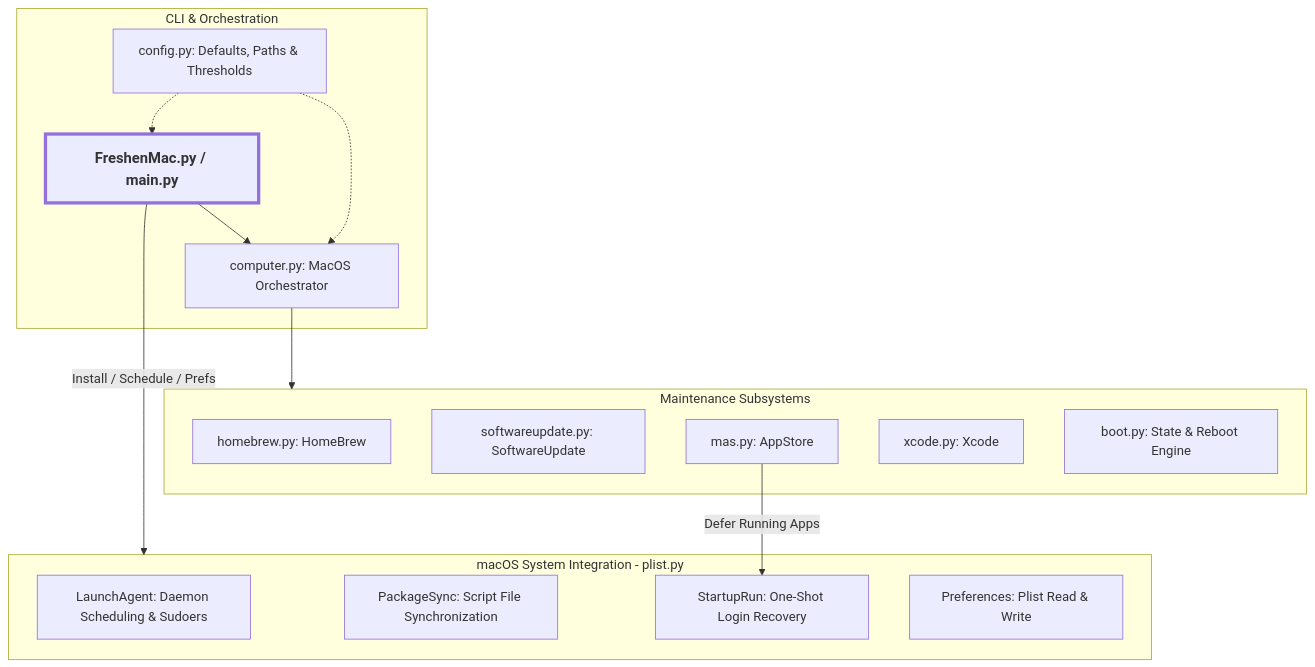
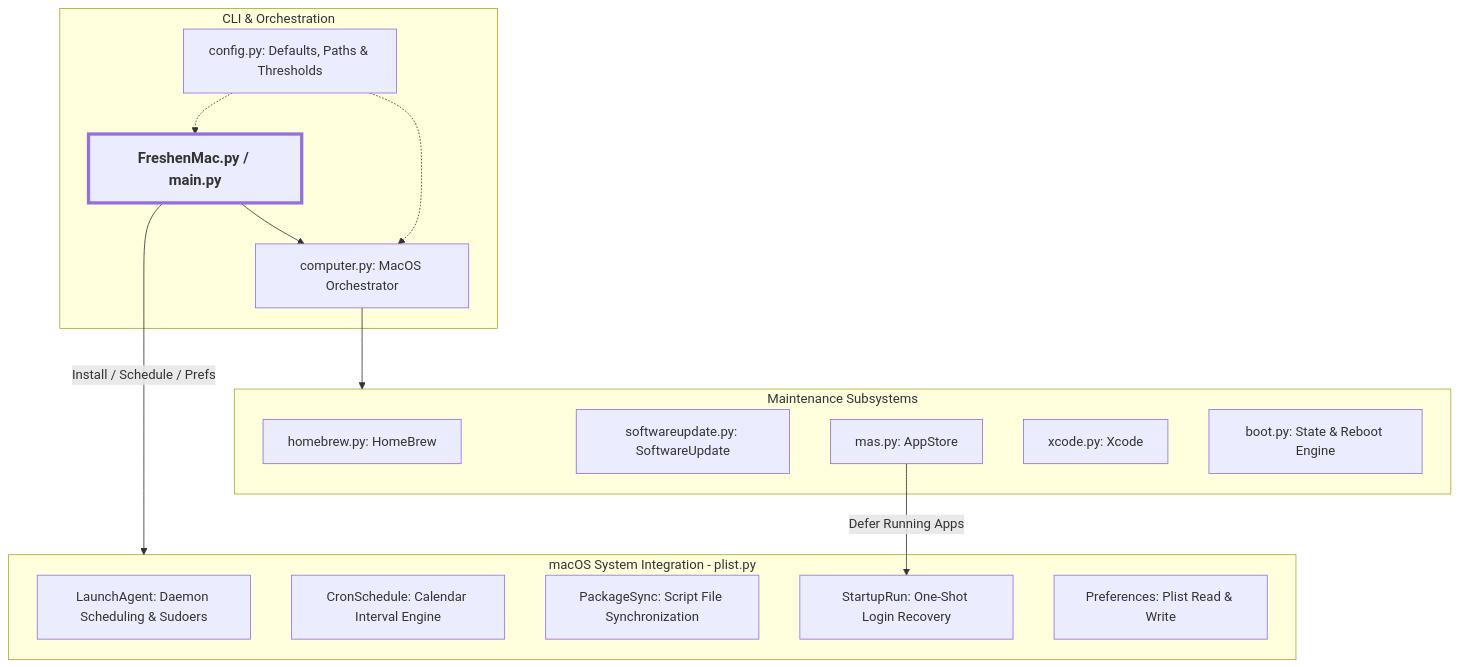
The diagram in README.md (Panther37/FreshenMac), drawn with Mermaid before and after one commit. The commit also changed other lines of this file and 18 other files, not shown here.

````diff
--- a/README.md
+++ b/README.md
@@ -190,31 +193,32 @@
 ```mermaid
 flowchart TD
     subgraph Core["CLI & Orchestration"]
         CLI["FreshenMac.py / main.py"]
         Host["computer.py: MacOS Orchestrator"]
         Config["config.py: Defaults, Paths & Thresholds"]
         CLI --> Host
         Config -.-> CLI
         Config -.-> Host
     end
 
     subgraph SystemInt["macOS System Integration - plist.py"]
         LaunchAgent["LaunchAgent: Daemon Scheduling & Sudoers"]
+        CronSched["CronSchedule: Calendar Interval Engine"]
         PkgSync["PackageSync: Script File Synchronization"]
         StartupRun["StartupRun: One-Shot Login Recovery"]
         Prefs["Preferences: Plist Read & Write"]
     end
 
     subgraph Engines["Maintenance Subsystems"]
         Brew["homebrew.py: HomeBrew"]
         SWU["softwareupdate.py: SoftwareUpdate"]
         MAS["mas.py: AppStore"]
         XC["xcode.py: Xcode"]
         Boot["boot.py: State & Reboot Engine"]
     end
 
     CLI -->|" Install / Schedule / Prefs "| SystemInt
     Host --> Engines
     MAS -->|" Defer Running Apps "| StartupRun
     style CLI font-weight: bold, font-size: 18px, stroke-width: 4px
 ```
````
